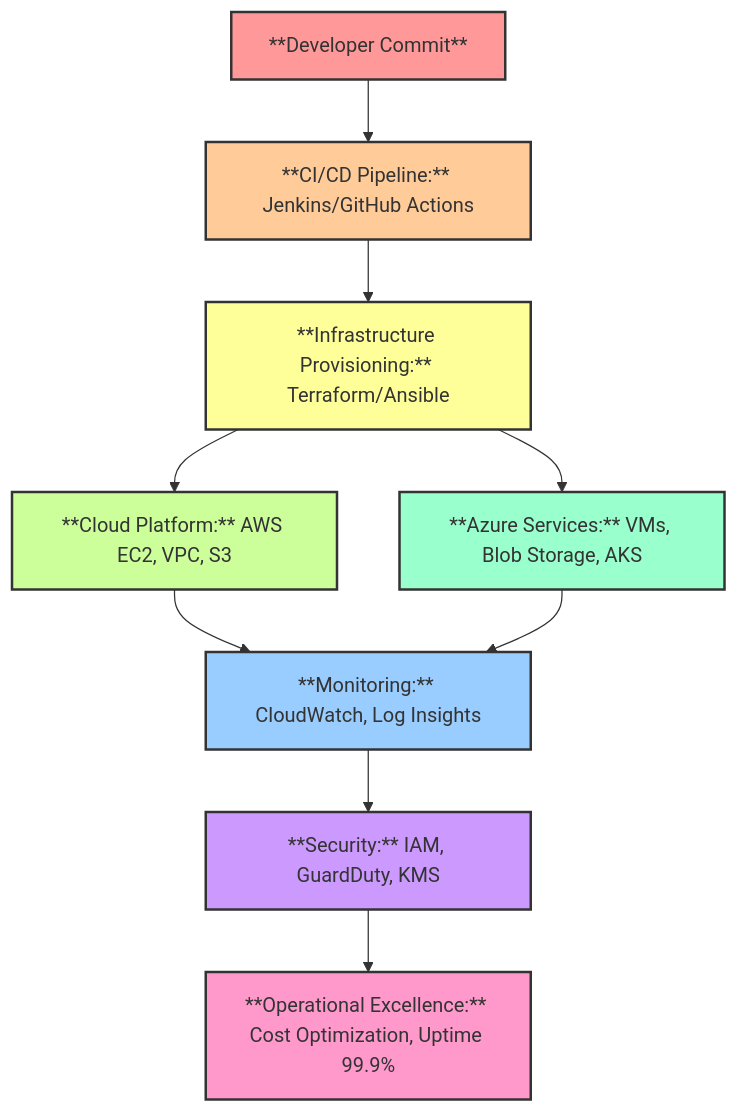
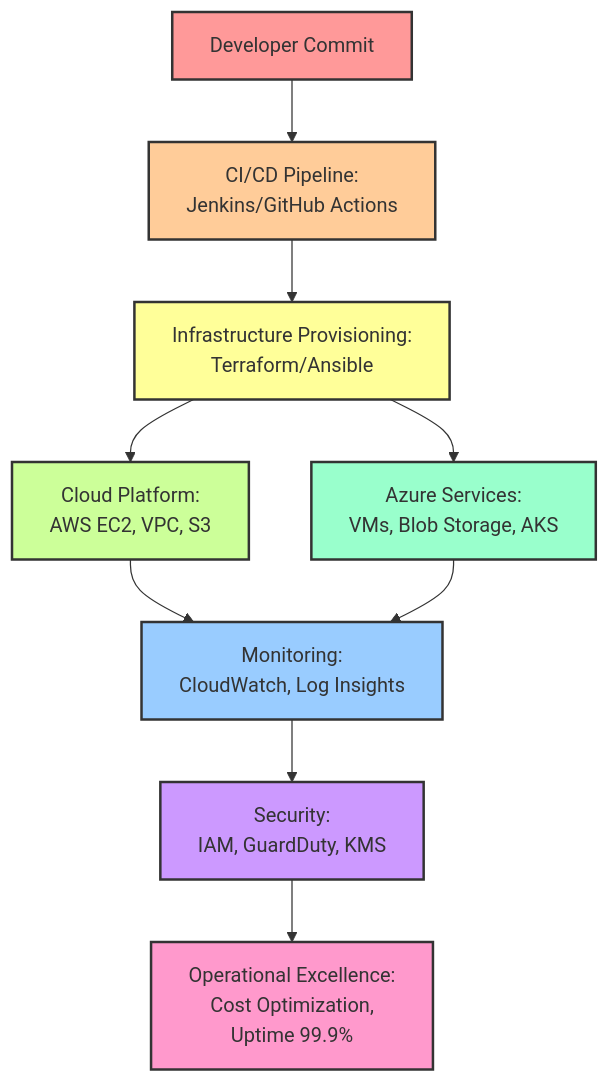
Before and after one commit to aliceekane/aliceekane-portfolio: the diagram in README.md, drawn with Mermaid.

````diff
--- a/README.md
+++ b/README.md
@@ -71,25 +71,25 @@
 ```mermaid
-%%{init: {'flowchart': {'htmlLabels': true}} }%%
 flowchart TD
-    A["**Developer Commit**"] --> B["**CI/CD Pipeline:** Jenkins/GitHub Actions"]
-    B --> C["**Infrastructure Provisioning:** Terraform/Ansible"]
-    C --> D["**Cloud Platform:** AWS EC2, VPC, S3"]
-    C --> E["**Azure Services:** VMs, Blob Storage, AKS"]
-    D --> F["**Monitoring:** CloudWatch, Log Insights"]
+    A[Developer Commit] --> B[CI/CD Pipeline:<br/>Jenkins/GitHub Actions]
+    B --> C[Infrastructure Provisioning:<br/>Terraform/Ansible]
+    C --> D[Cloud Platform:<br/>AWS EC2, VPC, S3]
+    C --> E[Azure Services:<br/>VMs, Blob Storage, AKS]
+    D --> F[Monitoring:<br/>CloudWatch, Log Insights]
     E --> F
-    F --> G["**Security:** IAM, GuardDuty, KMS"]
-    G --> H["**Operational Excellence:** Cost Optimization, Uptime 99.9%"]
+    F --> G[Security:<br/>IAM, GuardDuty, KMS]
+    G --> H[Operational Excellence:<br/>Cost Optimization,<br/>Uptime 99.9%]
+
 
 
     %% Assigning different colors to each box
     style A fill:#FF9999,stroke:#333,stroke-width:2px
     style B fill:#FFCC99,stroke:#333,stroke-width:2px
     style C fill:#FFFF99,stroke:#333,stroke-width:2px
     style D fill:#CCFF99,stroke:#333,stroke-width:2px
     style E fill:#99FFCC,stroke:#333,stroke-width:2px
     style F fill:#99CCFF,stroke:#333,stroke-width:2px
     style G fill:#CC99FF,stroke:#333,stroke-width:2px
     style H fill:#FF99CC,stroke:#333,stroke-width:2px
 
 
 ```
````
